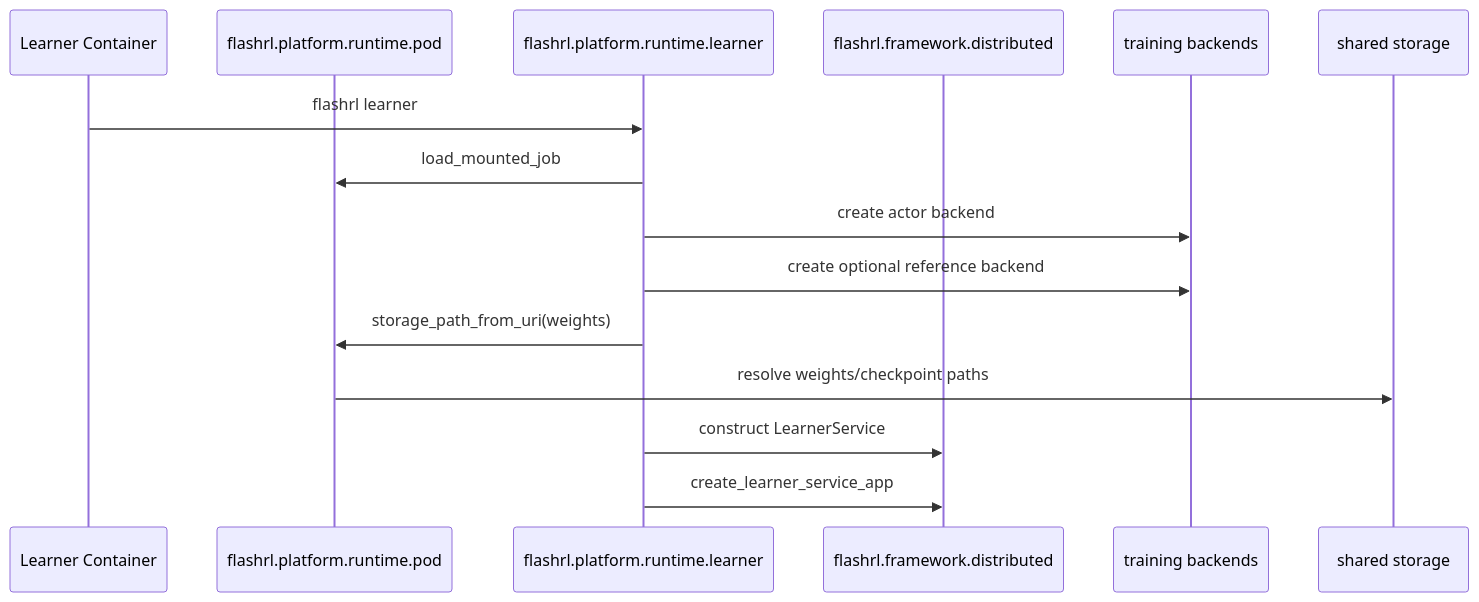
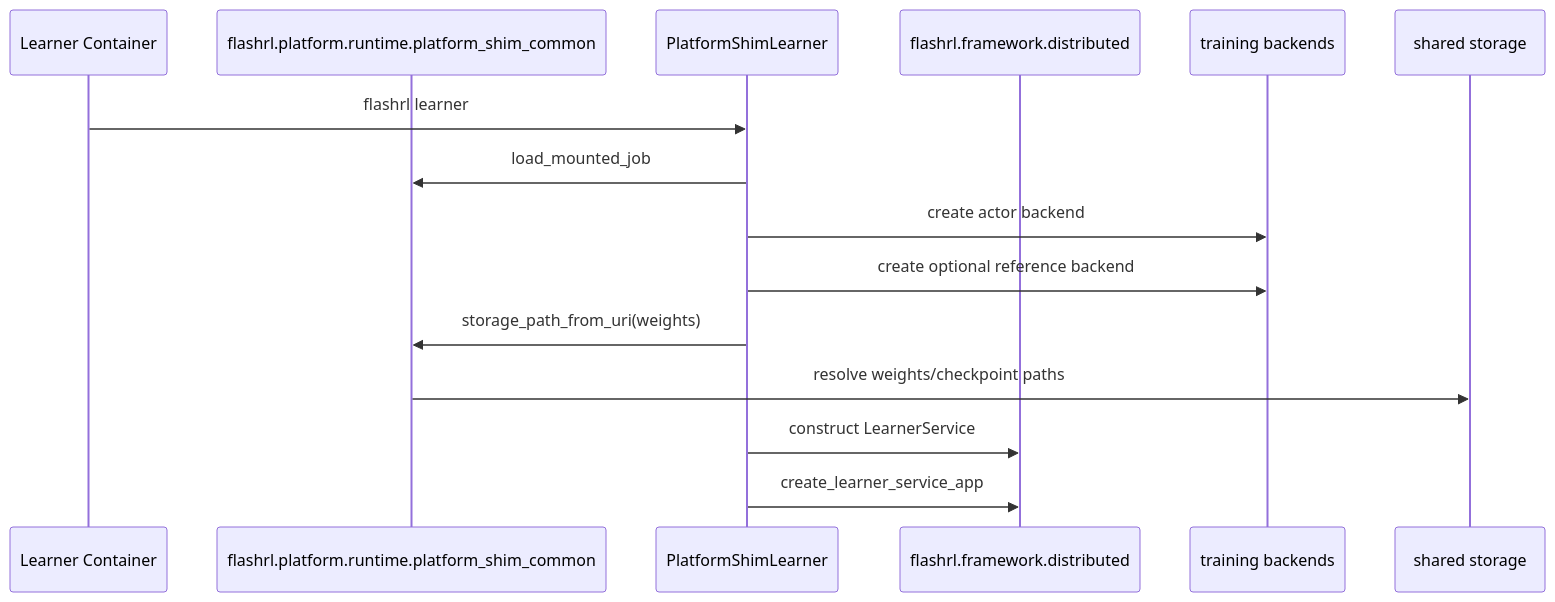
One commit to lastweek/FlashRL changed the tenth of 13 diagrams in docs/platform-architecture.md. Above: the diagram before and after it, drawn with Mermaid. The commit also changed other lines of this file and 29 other files, not shown here.

````diff
--- a/docs/platform-architecture.md
+++ b/docs/platform-architecture.md
@@ -352,18 +355,18 @@
 ```mermaid
 sequenceDiagram
     participant Container as Learner Container
-    participant PodContract as flashrl.platform.runtime.pod
-    participant Platform as flashrl.platform.runtime.learner
+    participant PodContract as flashrl.platform.runtime.platform_shim_common
+    participant Platform as PlatformShimLearner
     participant Framework as flashrl.framework.distributed
     participant Backend as training backends
     participant Storage as shared storage
 
     Container->>Platform: flashrl learner
     Platform->>PodContract: load_mounted_job
     Platform->>Backend: create actor backend
     Platform->>Backend: create optional reference backend
     Platform->>PodContract: storage_path_from_uri(weights)
     PodContract->>Storage: resolve weights/checkpoint paths
     Platform->>Framework: construct LearnerService
     Platform->>Framework: create_learner_service_app
 ```
````
